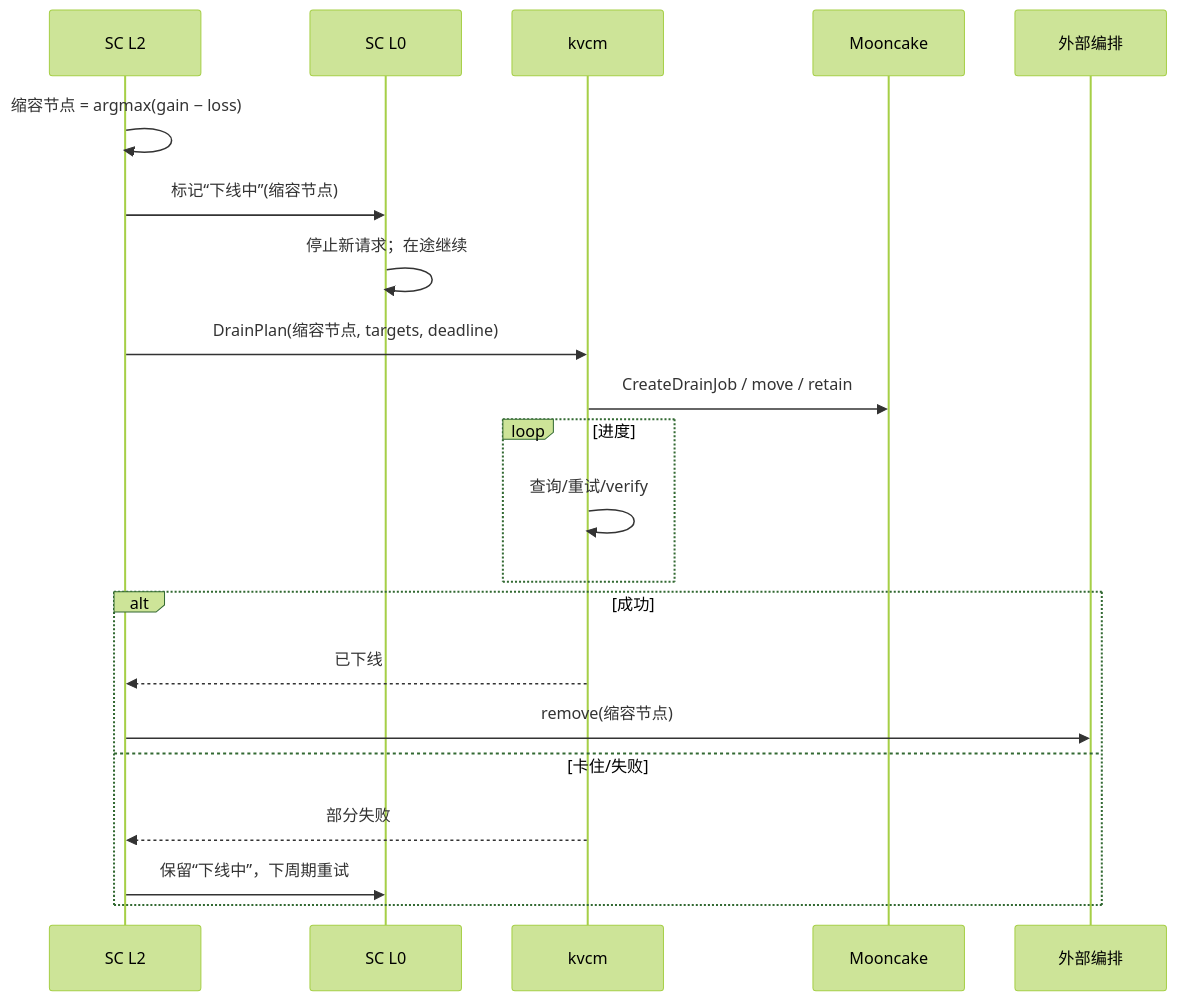
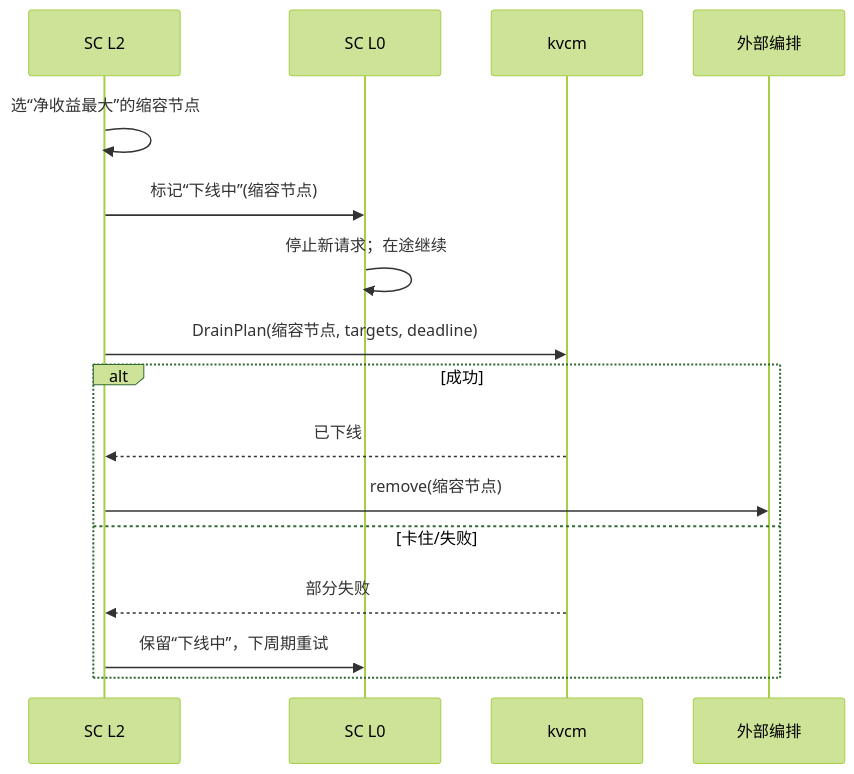
One commit to 5x8-40/lake changed the sixth of 9 diagrams in kvcm/design/D8b-scheduling-sequences.md. Above: the diagram before and after it, drawn with Mermaid (forest theme). The commit also changed other lines of this file, not shown here.

````diff
--- a/kvcm/design/D8b-scheduling-sequences.md
+++ b/kvcm/design/D8b-scheduling-sequences.md
@@ -170,24 +164,19 @@
 ```mermaid
 sequenceDiagram
     participant L2 as SC L2
     participant R as SC L0
     participant K as kvcm
-    participant M as Mooncake
     participant O as 外部编排
 
-    L2->>L2: 缩容节点 = argmax(gain − loss)
+    L2->>L2: 选“净收益最大”的缩容节点
     L2->>R: 标记“下线中”(缩容节点)
     R->>R: 停止新请求；在途继续
     L2->>K: DrainPlan(缩容节点, targets, deadline)
-    K->>M: CreateDrainJob / move / retain
-    loop 进度
-        K->>K: 查询/重试/verify
-    end
     alt 成功
         K-->>L2: 已下线
         L2->>O: remove(缩容节点)
     else 卡住/失败
         K-->>L2: 部分失败
         L2->>R: 保留“下线中”，下周期重试
     end
 ```
````
